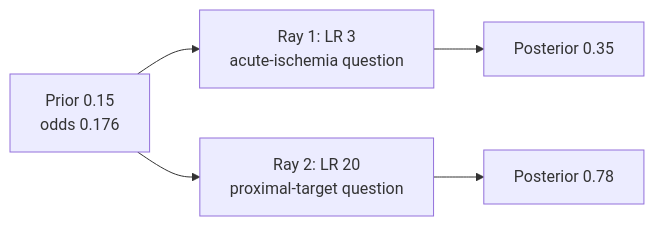
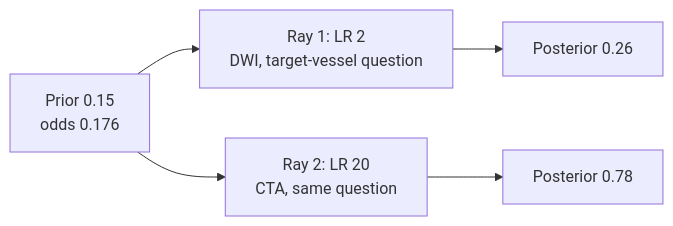
Before and after one commit to rkalani1/Bayesian-Reasoning: the first of 4 diagrams in docs/curriculum/03-bayes-theorem.md, drawn with Mermaid. The commit also changed other lines of this file and 31 other files, not shown here.

````diff
--- a/docs/curriculum/03-bayes-theorem.md
+++ b/docs/curriculum/03-bayes-theorem.md
@@ -98,7 +98,7 @@
 ```mermaid
 flowchart LR
-  Prior["Prior 0.15<br/>odds 0.176"] --> R1["Ray 1: LR 3<br/>acute-ischemia question"]
-  Prior --> R2["Ray 2: LR 20<br/>proximal-target question"]
-  R1 --> P1["Posterior 0.35"]
+  Prior["Prior 0.15<br/>odds 0.176"] --> R1["Ray 1: LR 2<br/>DWI, target-vessel question"]
+  Prior --> R2["Ray 2: LR 20<br/>CTA, same question"]
+  R1 --> P1["Posterior 0.26"]
   R2 --> P2["Posterior 0.78"]
 ```
````
